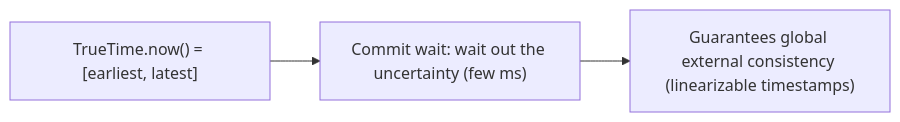
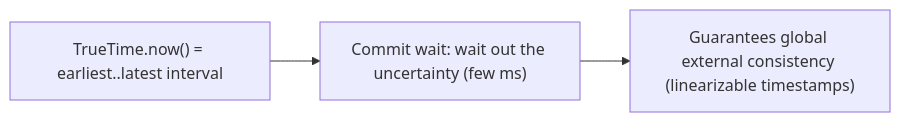
The eighth of 8 diagrams in HLD/Advanced_Topics/12_Logical_Clocks_and_Distributed_Time.md (subhm2004/LLD), drawn with Mermaid before and after one commit. The commit also changed 9 other files, not shown here.

Commit message:
Fix formatting in flowcharts and update README to reflect new topics

````diff
--- a/HLD/Advanced_Topics/12_Logical_Clocks_and_Distributed_Time.md
+++ b/HLD/Advanced_Topics/12_Logical_Clocks_and_Distributed_Time.md
@@ -193,5 +193,5 @@
 ```mermaid
 flowchart LR
-    TT["TrueTime.now() = [earliest, latest]"] --> WAIT["Commit wait: wait out the uncertainty (few ms)"]
+    TT["TrueTime.now() = earliest..latest interval"] --> WAIT["Commit wait: wait out the uncertainty (few ms)"]
     WAIT --> ORDER["Guarantees global external consistency (linearizable timestamps)"]
 ```
````
